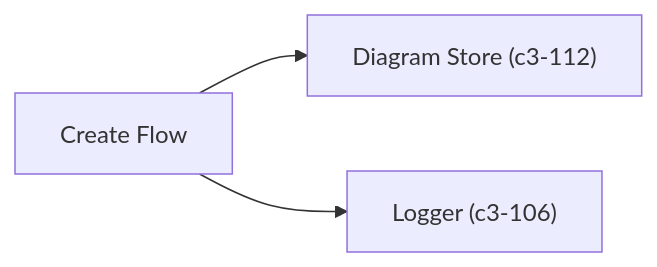
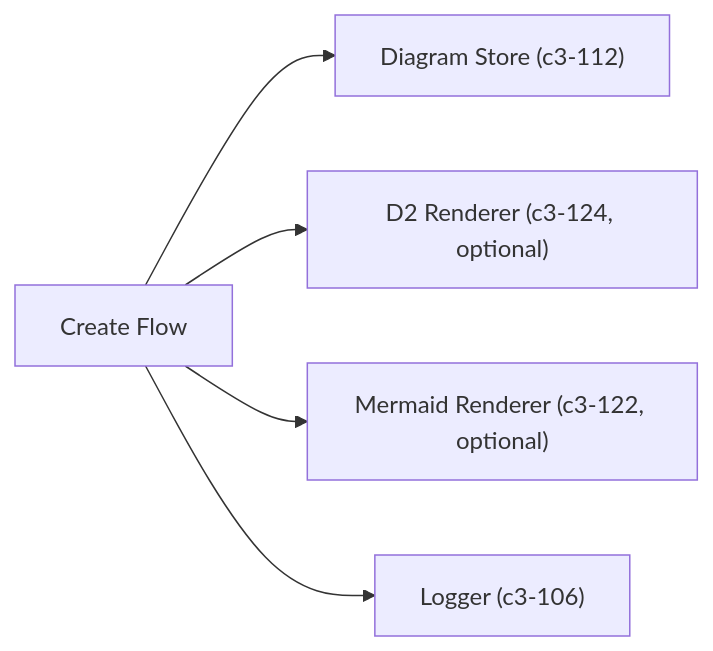
The first of 2 diagrams in .c3/c3-1-api-server/c3-114-create-flow.md (lagz0ne/diashort), drawn with Mermaid before and after one commit. The commit also changed other lines of this file and 26 other files, not shown here.

First line of the commit message:
docs: audit and update C3 architecture docs, add codemap

````diff
--- a/.c3/c3-1-api-server/c3-114-create-flow.md
+++ b/.c3/c3-1-api-server/c3-114-create-flow.md
@@ -17,5 +20,7 @@
 ```mermaid
 graph LR
     CreateFlow["Create Flow"] --> DiagramStore["Diagram Store (c3-112)"]
+    CreateFlow --> D2Renderer["D2 Renderer (c3-124, optional)"]
+    CreateFlow --> MermaidRenderer["Mermaid Renderer (c3-122, optional)"]
     CreateFlow --> Logger["Logger (c3-106)"]
 ```
````
